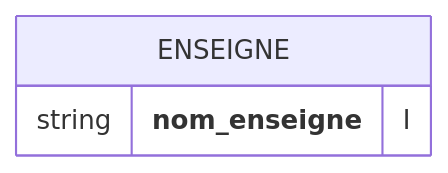
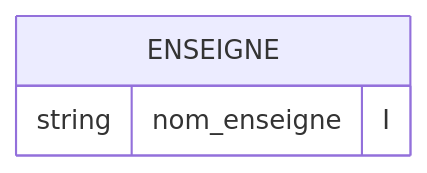
Before and after one commit to MTES-MCT/qualicharge: the eighth of 16 diagrams in docs/modele.md, drawn with Mermaid. The commit also changed other lines of this file, not shown here.

Commit message:
remove MD into mermais diagram

````diff
--- a/docs/modele.md
+++ b/docs/modele.md
@@ -205,6 +205,6 @@
 ```mermaid
 erDiagram
 ENSEIGNE {
-  string **nom_enseigne** "I"
+  string nom_enseigne "I"
   }
 ```
````
